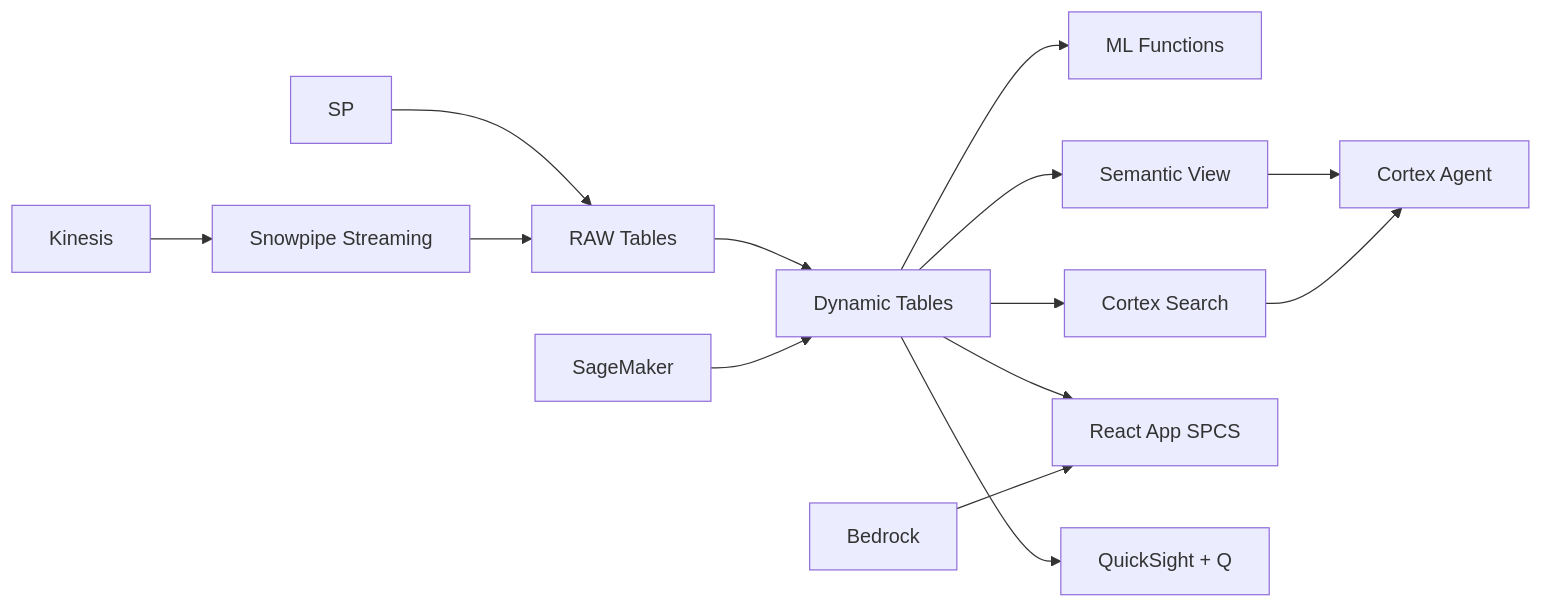
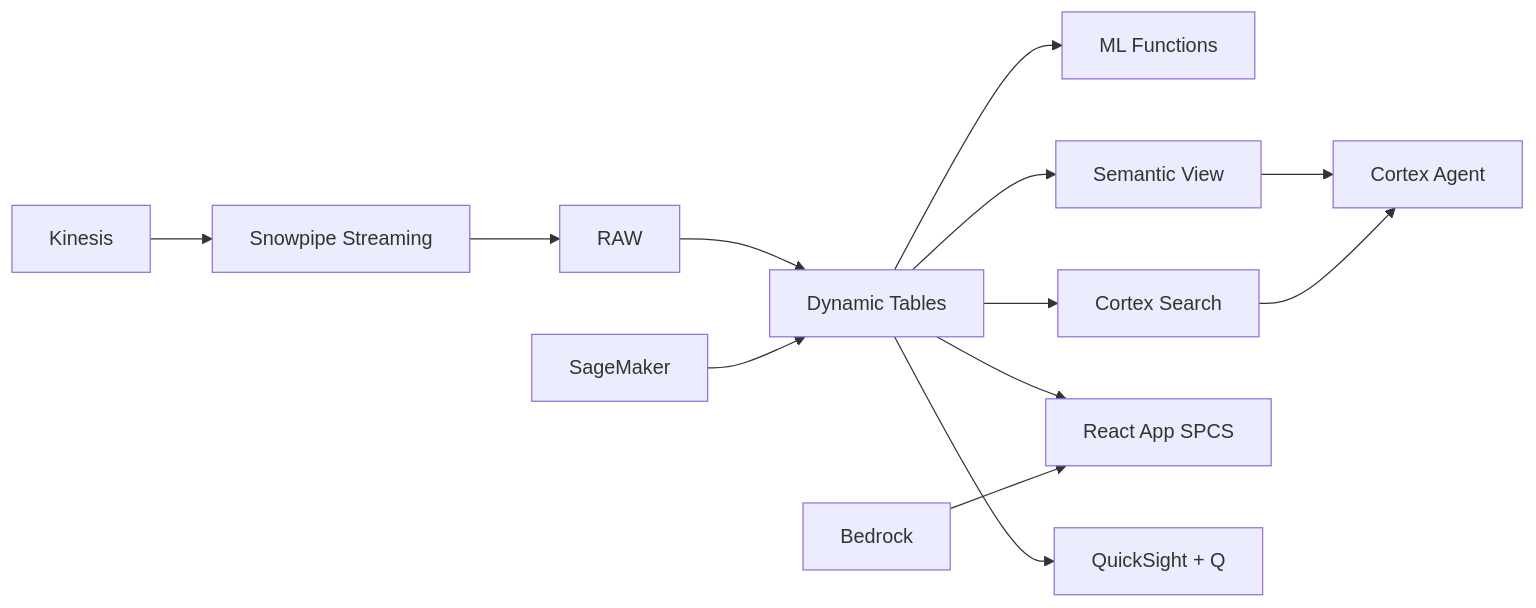
One commit to sfc-gh-jasvestis/aws-indonesia-digital-economy-logistics changed the diagram in README.md. Above: the diagram before and after it, drawn with Mermaid. The commit also changed 7 other files, not shown here.

Commit message:
Fix: add all source files, .gitignore, fix Mermaid diagram

````diff
--- a/README.md
+++ b/README.md
@@ -9,16 +9,15 @@
 ```mermaid
 flowchart LR
     KIN[Kinesis] --> SPS[Snowpipe Streaming]
-    SP --> RAW[RAW Tables]
     SPS --> RAW
     RAW --> DT[Dynamic Tables]
     DT --> ML[ML Functions]
     DT --> SEARCH[Cortex Search]
     DT --> SV[Semantic View]
     SV --> AGENT[Cortex Agent]
     SEARCH --> AGENT
     DT --> APP[React App SPCS]
     SM[SageMaker] --> DT
     BR[Bedrock] --> APP
     DT --> QS[QuickSight + Q]
 ```
````
